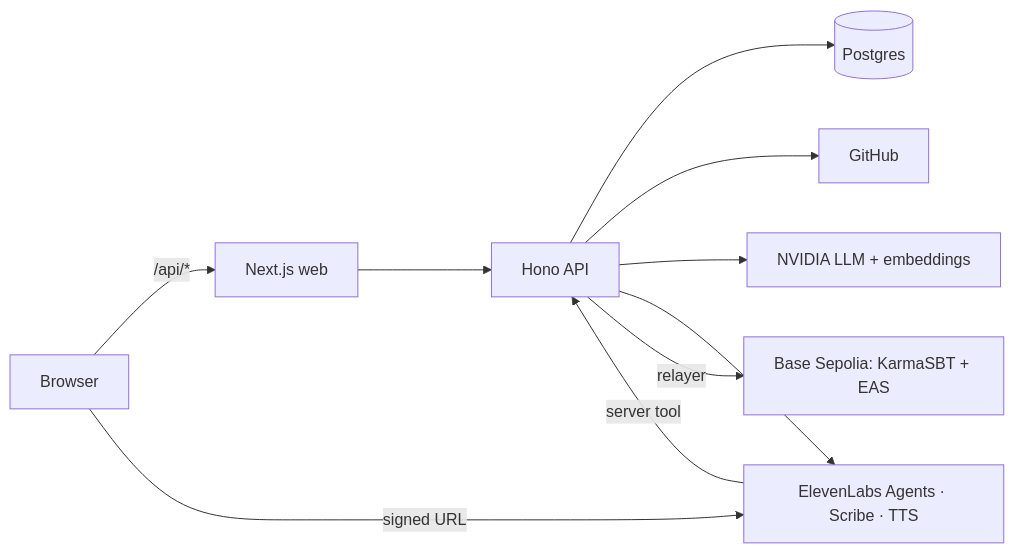
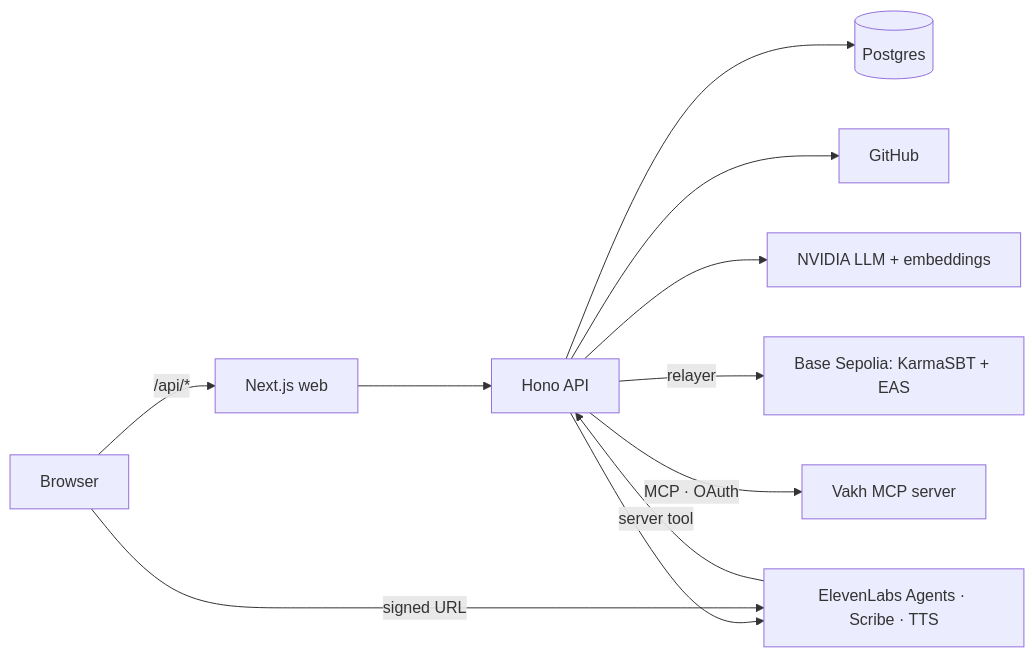
One commit to bastitva0-blip/karmachain changed the diagram in README.md. Above: the diagram before and after it, drawn with Mermaid. The commit also changed other lines of this file, not shown here.

Commit message:
docs: rewrite README with feature matrix, architecture and Vakh MCP section

````diff
--- a/README.md
+++ b/README.md
@@ -18,11 +105,12 @@
 ```mermaid
 flowchart LR
   Browser -->|/api/*| Web[Next.js web] --> API[Hono API]
   API --> DB[(Postgres)]
   API --> GitHub
   API --> NVIDIA[NVIDIA LLM + embeddings]
   API --> EL[ElevenLabs Agents · Scribe · TTS]
   API -->|relayer| Base[Base Sepolia: KarmaSBT + EAS]
+  API -->|MCP · OAuth| Vakh[Vakh MCP server]
   Browser -->|signed URL| EL
   EL -->|server tool| API
 ```
````
